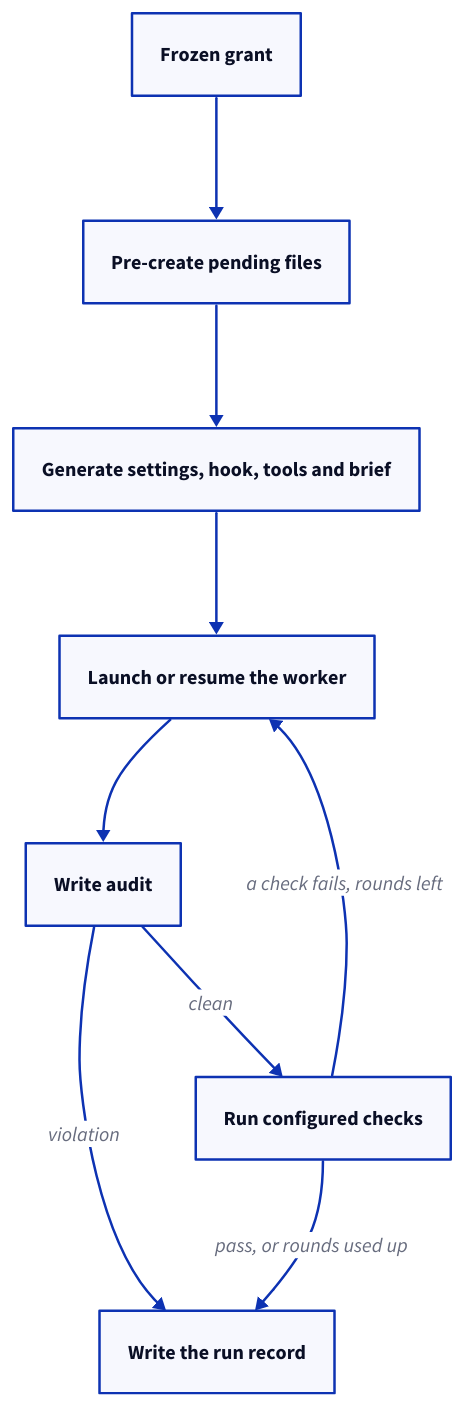
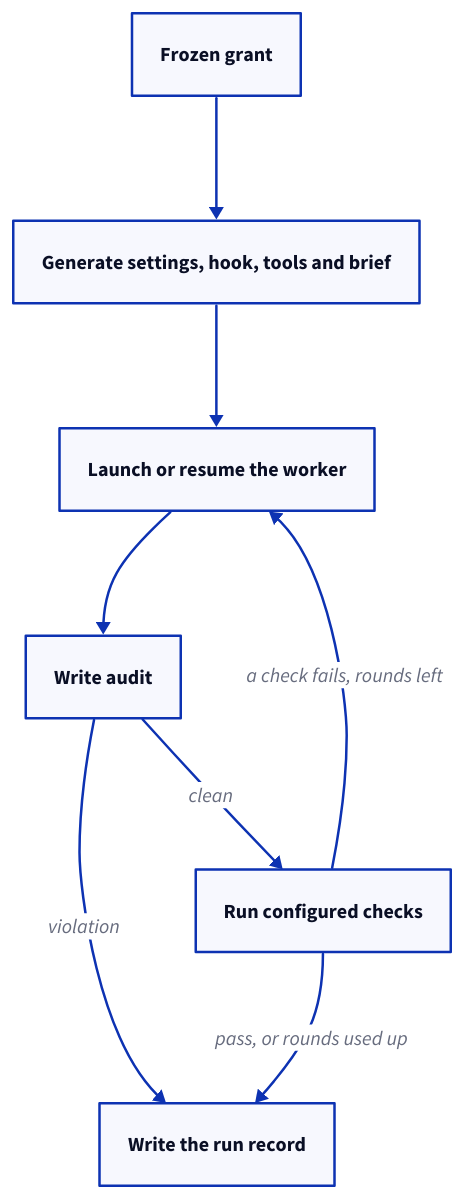
Before and after one commit to FTOD/concorde: the second of 5 diagrams in specs/concorde/execution/workers/module.md, drawn with D2. The commit also changed other lines of this file and 128 other files, not shown here.

````diff
--- a/specs/concorde/execution/workers/module.md
+++ b/specs/concorde/execution/workers/module.md
@@ -263,14 +263,13 @@
 ```d2 illustrative
 grant: Frozen grant
-precreate: Pre-create pending files
 generate: Generate settings, hook, tools and brief
 launch: Launch or resume the worker
 audit: Write audit
 record: Write the run record
 checks: Run configured checks
-grant -> precreate -> generate -> launch -> audit
+grant -> generate -> launch -> audit
 audit -> record: violation
 audit -> checks: clean
 checks -> launch: a check fails, rounds left
 checks -> record: pass, or rounds used up
 ```
````
